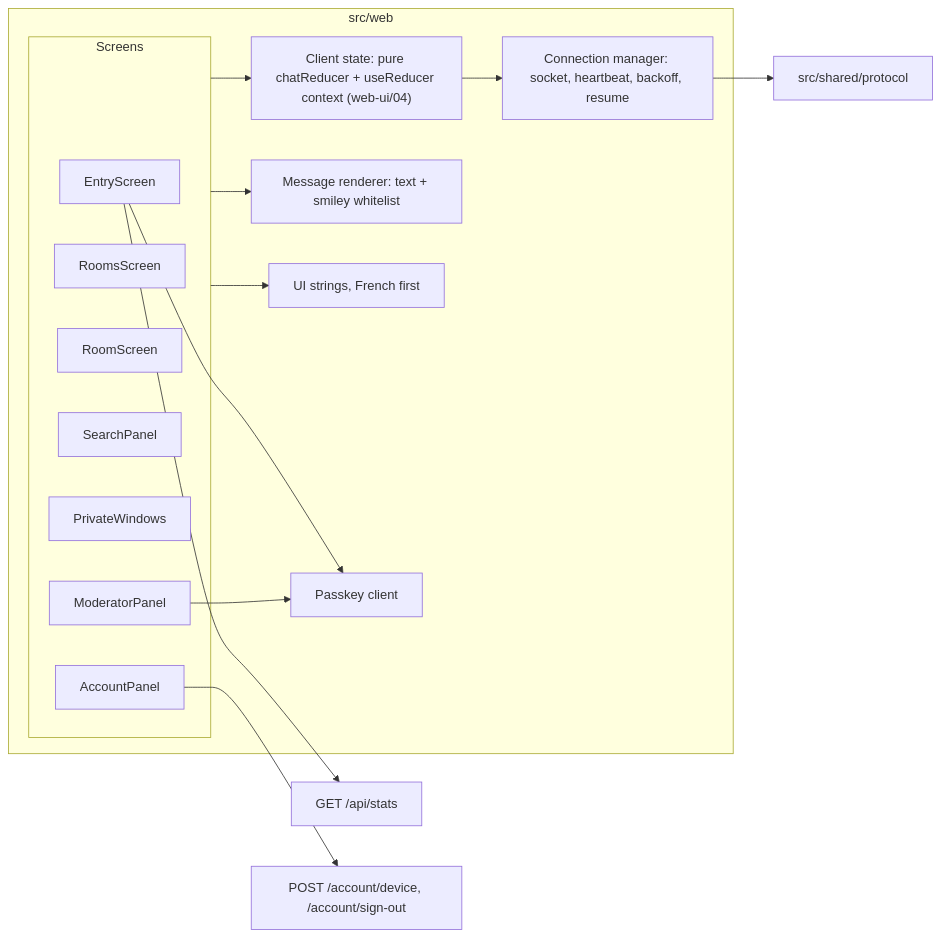
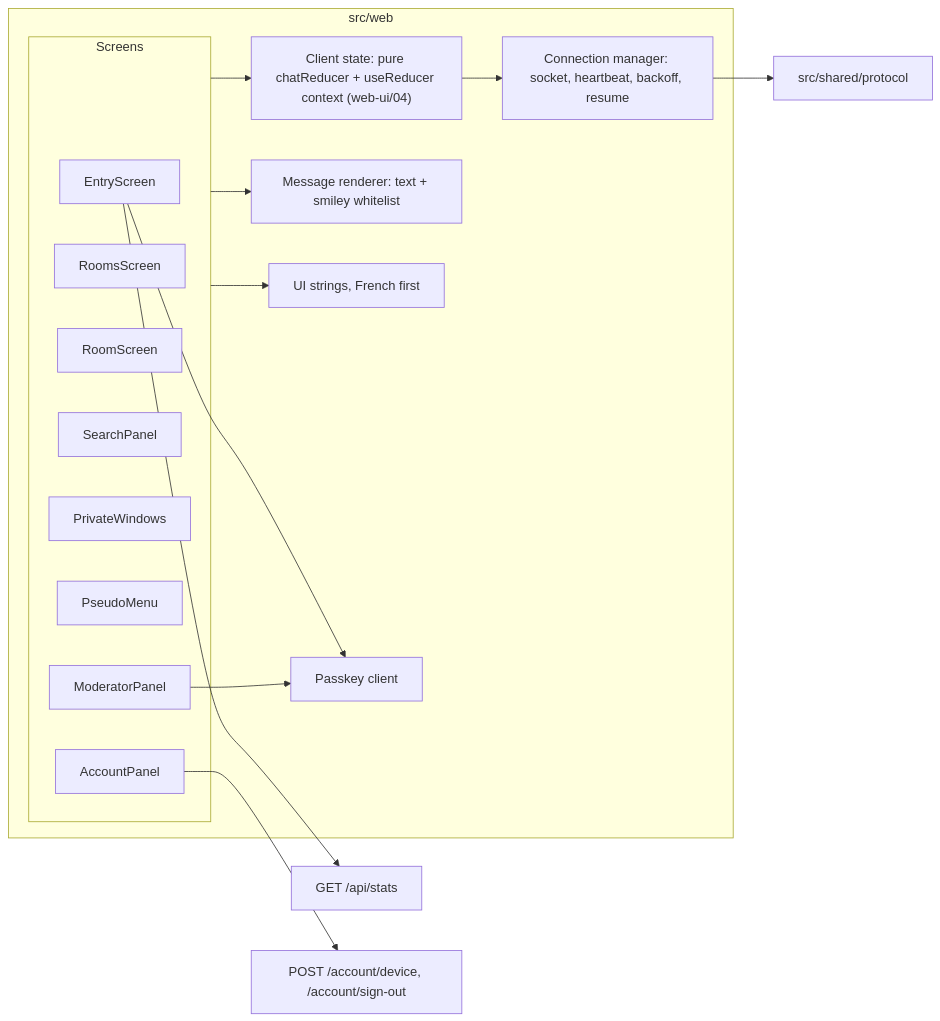
Before and after one commit to benoit-bremaud/asv: the diagram in docs/architecture/diagrams/web-ui/03-component.md, drawn with Mermaid. The commit also changed 48 other files, not shown here.

````diff
--- a/docs/architecture/diagrams/web-ui/03-component.md
+++ b/docs/architecture/diagrams/web-ui/03-component.md
@@ -14,30 +14,31 @@
 ```mermaid
 flowchart LR
   subgraph Web ["src/web"]
     subgraph Screens ["Screens"]
       Entry["EntryScreen"]
       Rooms["RoomsScreen"]
       Room["RoomScreen"]
       Search["SearchPanel"]
       Windows["PrivateWindows"]
+      Menu["PseudoMenu"]
       Mod["ModeratorPanel"]
       Account["AccountPanel"]
     end
     Store["Client state: pure chatReducer + useReducer context (web-ui/04)"]
     Conn["Connection manager: socket, heartbeat, backoff, resume"]
     Render["Message renderer: text + smiley whitelist"]
     Strings["UI strings, French first"]
     Passkey["Passkey client"]
   end
   Shared["src/shared/protocol"]
   Stats["GET /api/stats"]
   Screens --> Store
   Screens --> Render
   Screens --> Strings
   Store --> Conn
   Conn --> Shared
   Entry --> Stats
   Account --> AccountRoutes["POST /account/device, /account/sign-out"]
   Mod --> Passkey
   Entry --> Passkey
 ```
````
